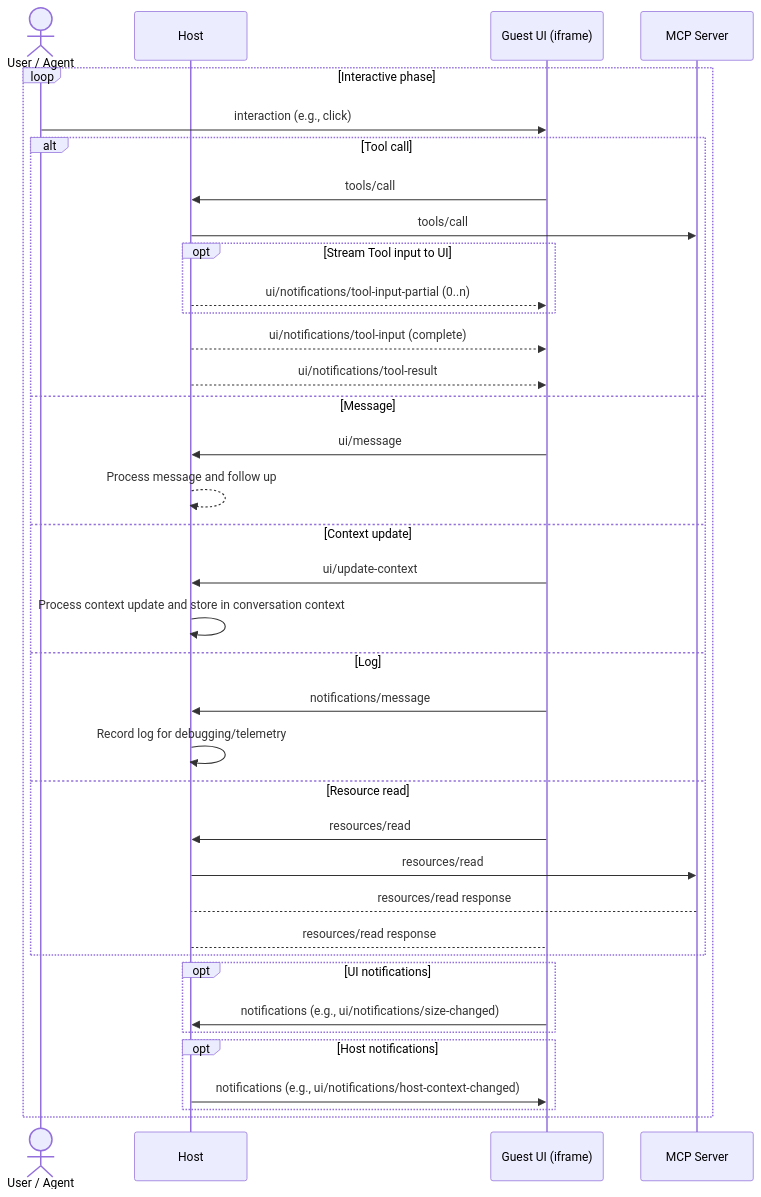
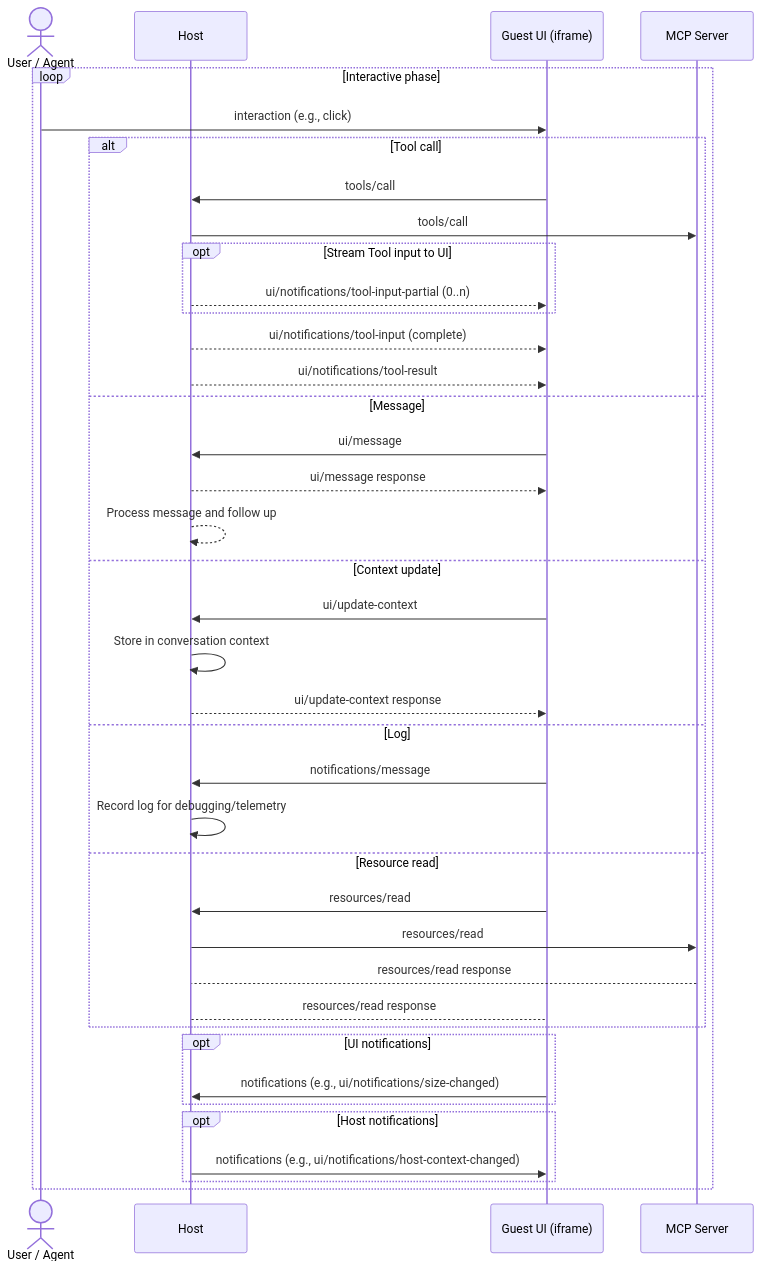
Before and after one commit to ochafik/ext-apps: the third of 4 diagrams in specification/draft/apps.mdx, drawn with Mermaid.

Commit message:
sequence diagram

````diff
--- a/specification/draft/apps.mdx
+++ b/specification/draft/apps.mdx
@@ -788,39 +788,41 @@
 ```mermaid
 sequenceDiagram
   actor U as User / Agent
   participant H as Host
   participant UI as Guest UI (iframe)
   participant S as MCP Server
   loop Interactive phase
     U ->> UI: interaction (e.g., click)
     alt Tool call
       UI ->> H: tools/call
       H ->> S: tools/call
       opt Stream Tool input to UI
         H -->> UI: ui/notifications/tool-input-partial (0..n)
       end
       H -->> UI: ui/notifications/tool-input (complete)
       H-->>UI: ui/notifications/tool-result
     else Message
       UI ->> H: ui/message
+      H -->> UI: ui/message response
       H -->> H: Process message and follow up
     else Context update
       UI ->> H: ui/update-context
-      H ->> H: Process context update and store in conversation context
+      H ->> H: Store in conversation context
+      H -->> UI: ui/update-context response
     else Log
       UI ->> H: notifications/message
       H ->> H: Record log for debugging/telemetry
     else Resource read
       UI ->> H: resources/read
       H ->> S: resources/read
       S --> H: resources/read response
       H --> UI: resources/read response
     end
     opt UI notifications
       UI ->> H: notifications (e.g., ui/notifications/size-changed)
     end
     opt Host notifications
       H ->> UI: notifications (e.g., ui/notifications/host-context-changed)
     end
   end
 ```
````
